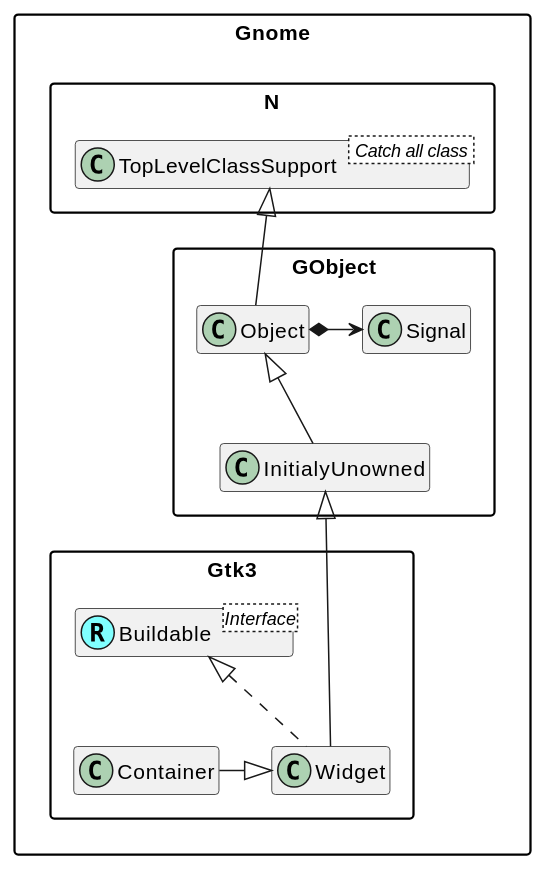
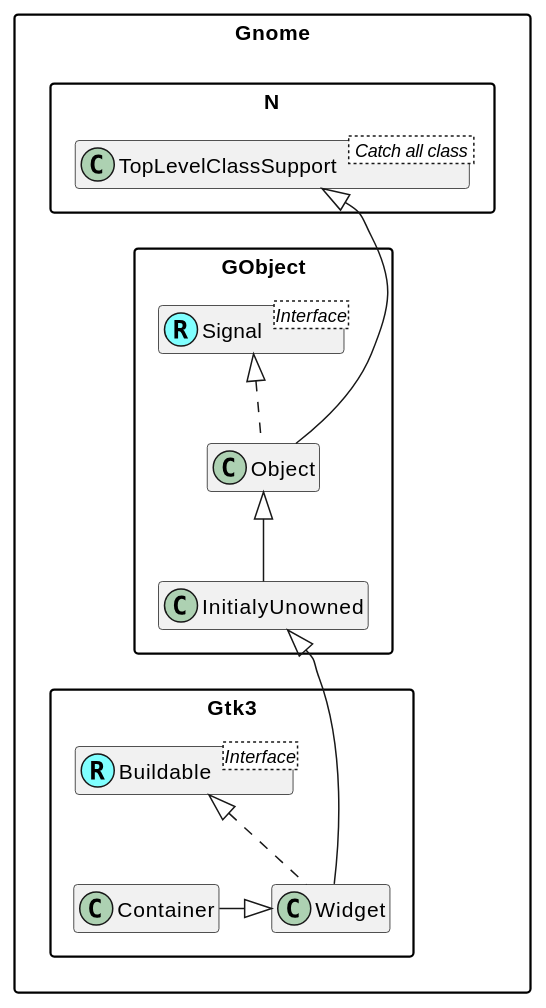
One commit to MARTIMM/gnome-gtk3 changed the diagram in doc/plantuml/Container.md. Above: the diagram before and after it, drawn with PlantUML. The commit also changed 29 other files, not shown here.

Commit message:
changed uml diagrams

````diff
--- a/doc/plantuml/Container.md
+++ b/doc/plantuml/Container.md
@@ -1,59 +1,66 @@
 ```plantuml
 @startuml
 'scale 0.9
 skinparam packageStyle rectangle
 skinparam stereotypeCBackgroundColor #80ffff
 set namespaceSeparator ::
 hide members
 
 
+'Class and interface decorations
 class Gnome::N::TopLevelClassSupport < Catch all class >
-Gnome::N::TopLevelClassSupport <|-- Gnome::GObject::Object
+
+Interface Gnome::GObject::Signal <Interface>
+class Gnome::GObject::Signal <<(R,#80ffff)>>
 
 'class Gnome::GObject::InitialyUnowned
 'class Gnome::GObject::Object
-Gnome::GObject::Object <|-- Gnome::GObject::InitialyUnowned
-Gnome::GObject::Object *-> Gnome::GObject::Signal
 
-Gnome::GObject::InitialyUnowned <|--- Gnome::Gtk3::Widget
 
 class Gnome::Gtk3::Widget implements Gnome::Gtk3::Buildable
 Interface Gnome::Gtk3::Buildable <Interface>
 class Gnome::Gtk3::Buildable <<(R,#80ffff)>>
+
+'Class connections
+Gnome::N::TopLevelClassSupport <|--- Gnome::GObject::Object
+Gnome::GObject::InitialyUnowned <|--- Gnome::Gtk3::Widget
+Gnome::GObject::Object <|-- Gnome::GObject::InitialyUnowned
+'Gnome::GObject::Object *-> Gnome::GObject::Signal
+Gnome::GObject::Signal <|.. Gnome::GObject::Object
 
 'Gnome::Gtk3::Button -|> Gnome::Gtk3::Bin
 'Gnome::Gtk3::Bin -|> Gnome::Gtk3::Container
 Gnome::Gtk3::Container -|> Gnome::Gtk3::Widget
 
 
 
 'Interface Gnome::Gtk3::Actionable <Interface>
 'Gnome::Gtk3::Actionable <|-- Gnome::Gtk3::Button
 'class Gnome::Gtk3::Button implements Gnome::Gtk3::Actionable
 
 'Interface Gnome::Gtk3::Orientable <Interface>
 'Gnome::Gtk3::Orientable <|-- Gnome::Gtk3::ScaleButton
 
 'Interface Gnome::Gtk3::ColorChooser <Interface>
 'Gnome::Gtk3::ColorChooser <|-- Gnome::Gtk3::ColorButton
 
 'Interface Gnome::Gtk3::FontChooser <Interface>
 'Gnome::Gtk3::FontChooser <|-- Gnome::Gtk3::FontButton
 
 'Gnome::GObject <--[hidden]- Gnome::Gtk3
 
 
 
 'Gnome::Gtk3::Button <|-- Gnome::Gtk3::ToggleButton
 'Gnome::Gtk3::Button <|-- Gnome::Gtk3::ColorButton
 'Gnome::Gtk3::ToggleButton <|-- Gnome::Gtk3::CheckButton
 'Gnome::Gtk3::ToggleButton <|-- Gnome::Gtk3::MenuButton
 'Gnome::Gtk3::CheckButton <|-- Gnome::Gtk3::RadioButton
 'Gnome::Gtk3::Button <|--- Gnome::Gtk3::FontButton
 'Gnome::Gtk3::Button <|-- Gnome::Gtk3::LinkButton
 'Gnome::Gtk3::Button <|-- Gnome::Gtk3::LockButton
 'Gnome::Gtk3::Button <|-- Gnome::Gtk3::ModelButton
 'Gnome::Gtk3::Button <|-- Gnome::Gtk3::ScaleButton
 'Gnome::Gtk3::ScaleButton <|-- Gnome::Gtk3::VolumeButton
 @enduml
 ```
````
